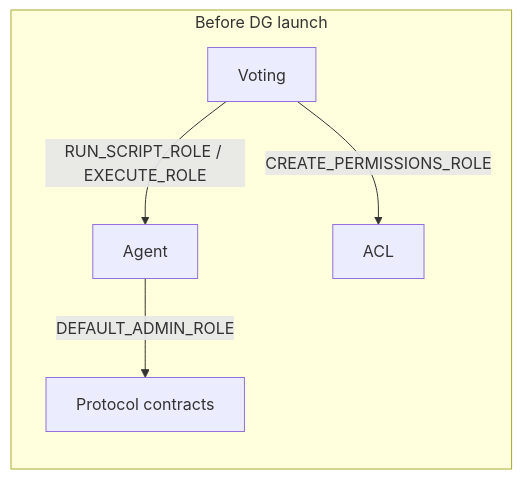
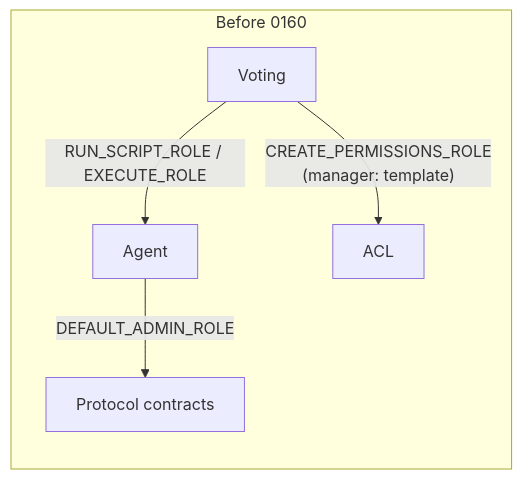
One commit to lidofinance/core changed the sixth of 9 diagrams in docs/flow.md. Above: the diagram before and after it, drawn with Mermaid. The commit also changed other lines of this file and 2 other files, not shown here.

````diff
--- a/docs/flow.md
+++ b/docs/flow.md
@@ -327,14 +339,14 @@
 ```mermaid
 flowchart LR
-    subgraph Before[Before DG launch]
+    subgraph Before[Before 0160]
         direction TB
         VBefore[Voting]
         ABefore[Agent]
         PBefore[Protocol contracts]
         ACLBefore[ACL]
 
         VBefore -- RUN_SCRIPT_ROLE / EXECUTE_ROLE --> ABefore
         ABefore -- DEFAULT_ADMIN_ROLE --> PBefore
-        VBefore -- CREATE_PERMISSIONS_ROLE --> ACLBefore
+        VBefore -- CREATE_PERMISSIONS_ROLE<br/>(manager: template) --> ACLBefore
     end
 ```
````
